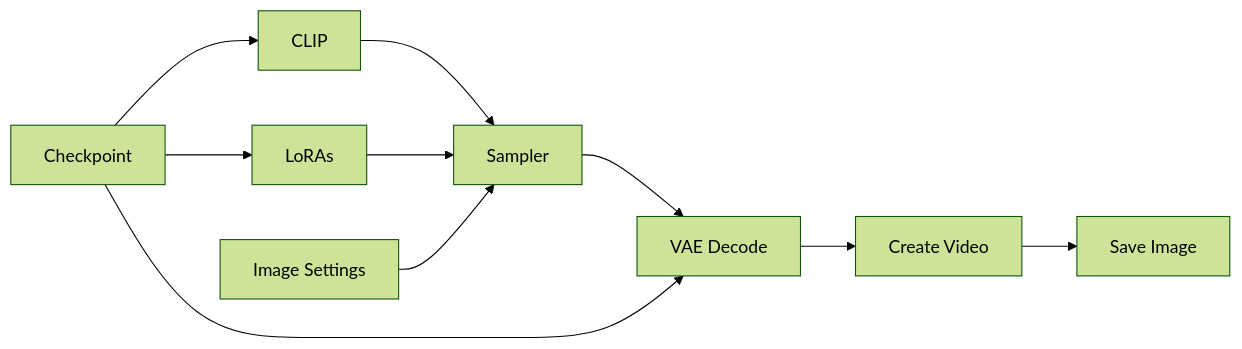
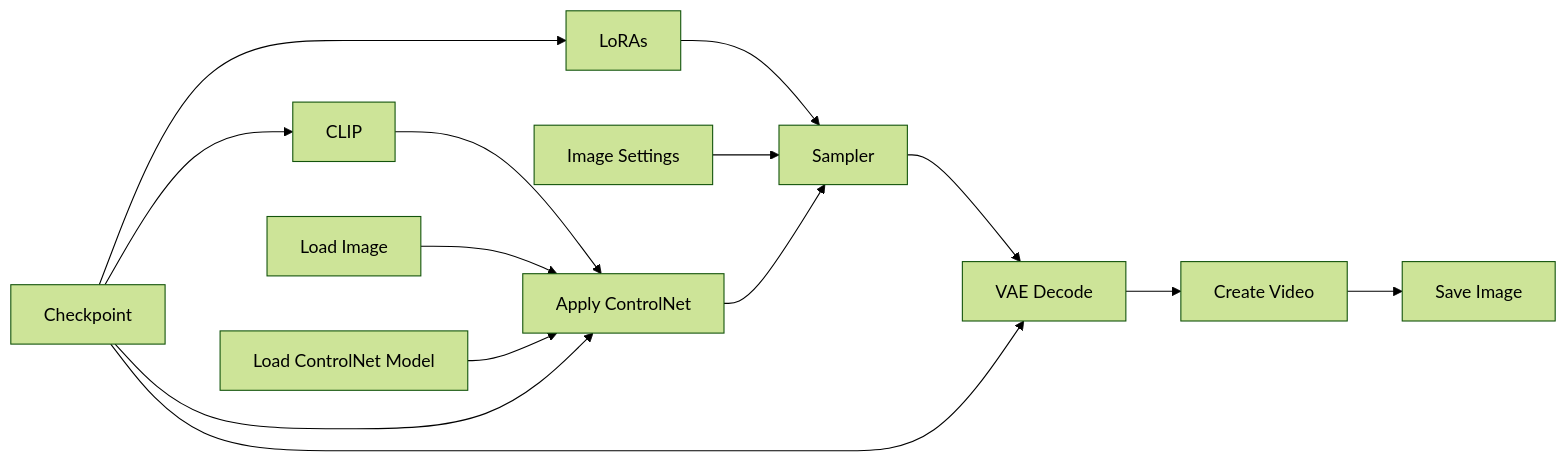
One commit to felipebottega/AI-Audiovisual-Lab changed the second of 2 diagrams in ComfyUI/Guide-ComfyUI-Pose.md. Above: the diagram before and after it, drawn with Mermaid (forest theme). The commit also changed other lines of this file, not shown here.

````diff
--- a/ComfyUI/Guide-ComfyUI-Pose.md
+++ b/ComfyUI/Guide-ComfyUI-Pose.md
@@ -7,9 +23,12 @@
 ```mermaid
 flowchart LR
     A[Checkpoint] --> B[CLIP]
-    B --> D
     A --> C[LoRAs] --> D[Sampler]
     E[Image Settings] --> D
     D --> F[VAE Decode] --> G[Create Video] --> H[Save Image]
     A --> F
+    B --> I[Apply ControlNet] --> D
+    J[Load Image] --> I
+    K[Load ControlNet Model] --> I
+    A --> I
 ```
````
